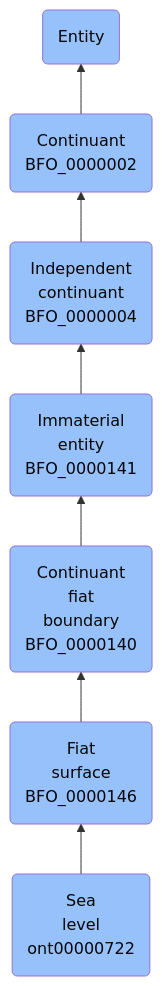
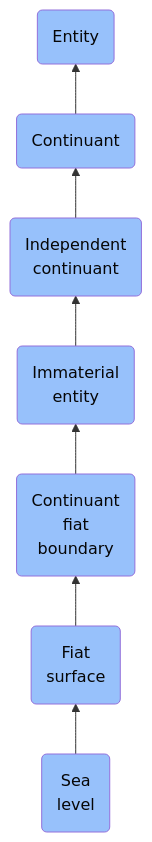
One commit to jupyter-naas/abi changed the diagram in docs/ontology/reference/model/Entity/Continuant/Independent continuant/Immaterial entity/Continuant fiat boundary/Fiat surface/Sea level/Sea level.md. Above: the diagram before and after it, drawn with Mermaid. The commit also changed other lines of this file and 1430 other files, not shown here.

````diff
--- a/docs/ontology/reference/model/Entity/Continuant/Independent continuant/Immaterial entity/Continuant fiat boundary/Fiat surface/Sea level/Sea level.md
+++ b/docs/ontology/reference/model/Entity/Continuant/Independent continuant/Immaterial entity/Continuant fiat boundary/Fiat surface/Sea level/Sea level.md
@@ -24,14 +24,14 @@
 ```mermaid
 graph BT
-    ont00000722(Sea<br>level<br>ont00000722):::BFO-->BFO_0000146
-    BFO_0000146(Fiat<br>surface<br>BFO_0000146):::BFO-->BFO_0000140
-    BFO_0000140(Continuant<br>fiat<br>boundary<br>BFO_0000140):::BFO-->BFO_0000141
-    BFO_0000141(Immaterial<br>entity<br>BFO_0000141):::BFO-->BFO_0000004
-    BFO_0000004(Independent<br>continuant<br>BFO_0000004):::BFO-->BFO_0000002
-    BFO_0000002(Continuant<br>BFO_0000002):::BFO-->BFO_0000001
+    ont00000722(Sea<br>level):::BFO-->BFO_0000146
+    BFO_0000146(Fiat<br>surface):::BFO-->BFO_0000140
+    BFO_0000140(Continuant<br>fiat<br>boundary):::BFO-->BFO_0000141
+    BFO_0000141(Immaterial<br>entity):::BFO-->BFO_0000004
+    BFO_0000004(Independent<br>continuant):::BFO-->BFO_0000002
+    BFO_0000002(Continuant):::BFO-->BFO_0000001
     BFO_0000001(Entity):::BFO
     
     classDef BFO fill:#97c1fb,color:#060606
     classDef CCO fill:#e4c51e,color:#060606
     classDef ABI fill:#48DD82,color:#060606
 ```
````
